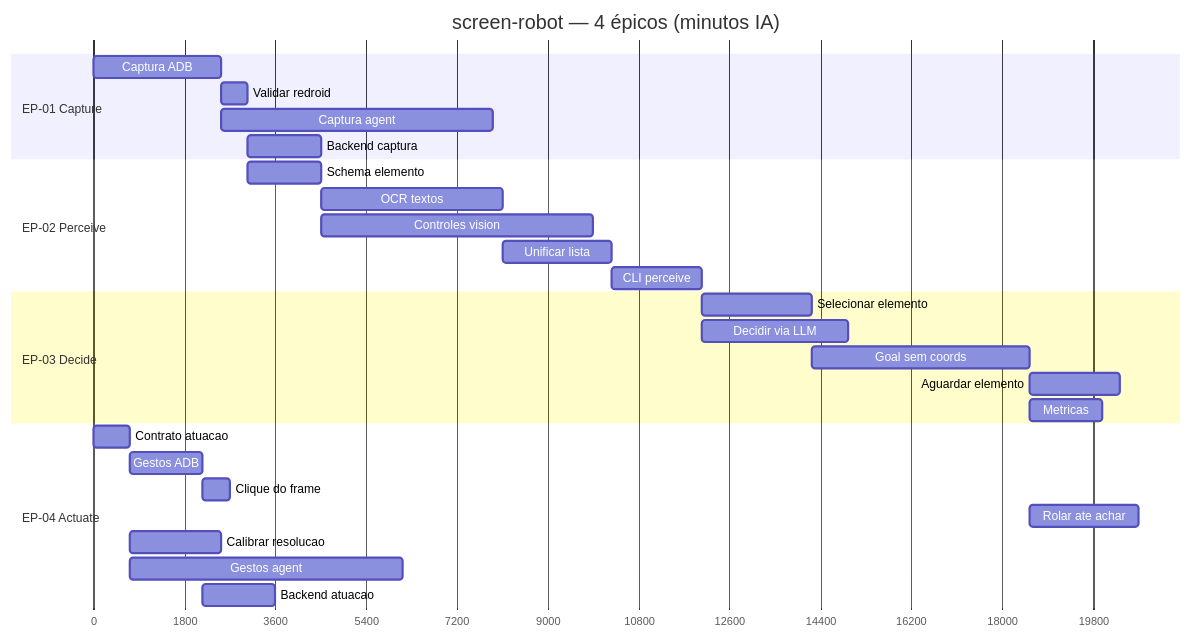
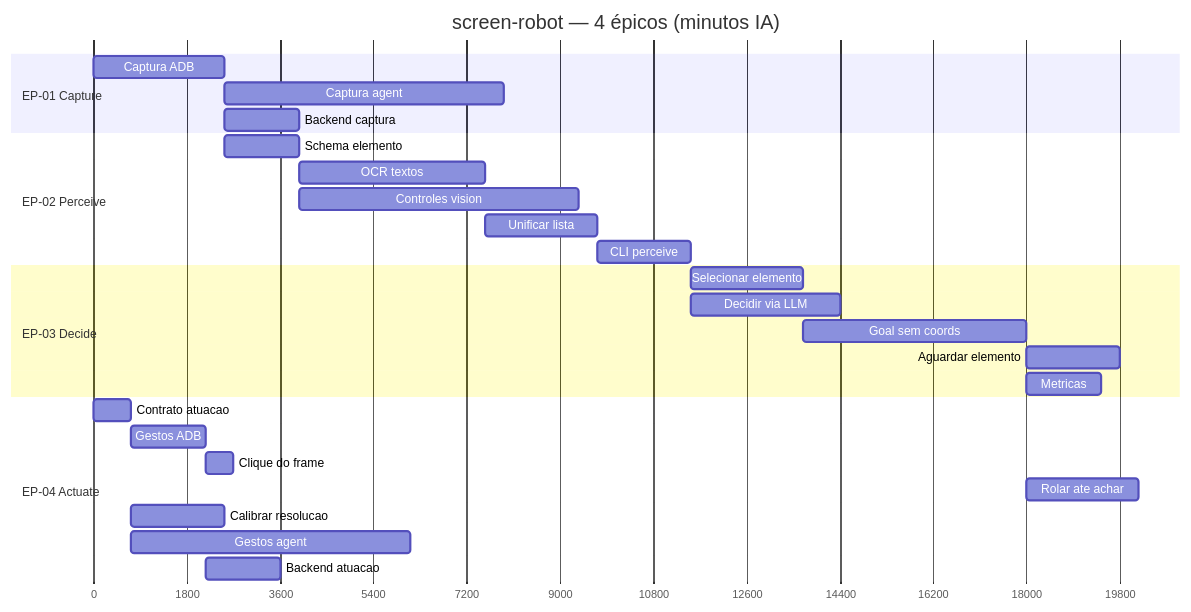
One commit to laerciogermano/workstation changed the diagram in core/board/README.md. Above: the diagram before and after it, drawn with Mermaid. The commit also changed 6 other files, not shown here.

````diff
--- a/core/board/README.md
+++ b/core/board/README.md
@@ -14,35 +14,34 @@
 ```mermaid
 gantt
   title screen-robot — 4 épicos (minutos IA)
   dateFormat X
   axisFormat %s
 
   section EP-01 Capture
   Captura ADB              :a01, 0, 42m
-  Validar redroid          :a02, after a01, 9m
-  Captura agent            :a03, after a01, 90m
-  Backend captura          :a04, after a02, 24m
+  Captura agent            :a02, after a01, 90m
+  Backend captura          :a03, after a01, 24m
 
   section EP-02 Perceive
-  Schema elemento          :b01, after a02, 24m
+  Schema elemento          :b01, after a01, 24m
   OCR textos               :b02, after b01, 60m
   Controles vision         :b03, after b01, 90m
   Unificar lista           :b04, after b02, 36m
   CLI perceive             :b05, after b04, 30m
 
   section EP-03 Decide
   Selecionar elemento      :c01, after b05, 36m
   Decidir via LLM          :c02, after b05, 48m
   Goal sem coords          :c03, after c01, 72m
   Aguardar elemento        :c04, after c03, 30m
   Metricas                 :c05, after c03, 24m
 
   section EP-04 Actuate
   Contrato atuacao         :d01, 0, 12m
   Gestos ADB               :d02, after d01, 24m
   Clique do frame          :d03, after d02, 9m
   Rolar ate achar          :d04, after c03, 36m
   Calibrar resolucao       :d05, after d01, 30m
   Gestos agent             :d06, after d01, 90m
   Backend atuacao          :d07, after d02, 24m
 ```
````
